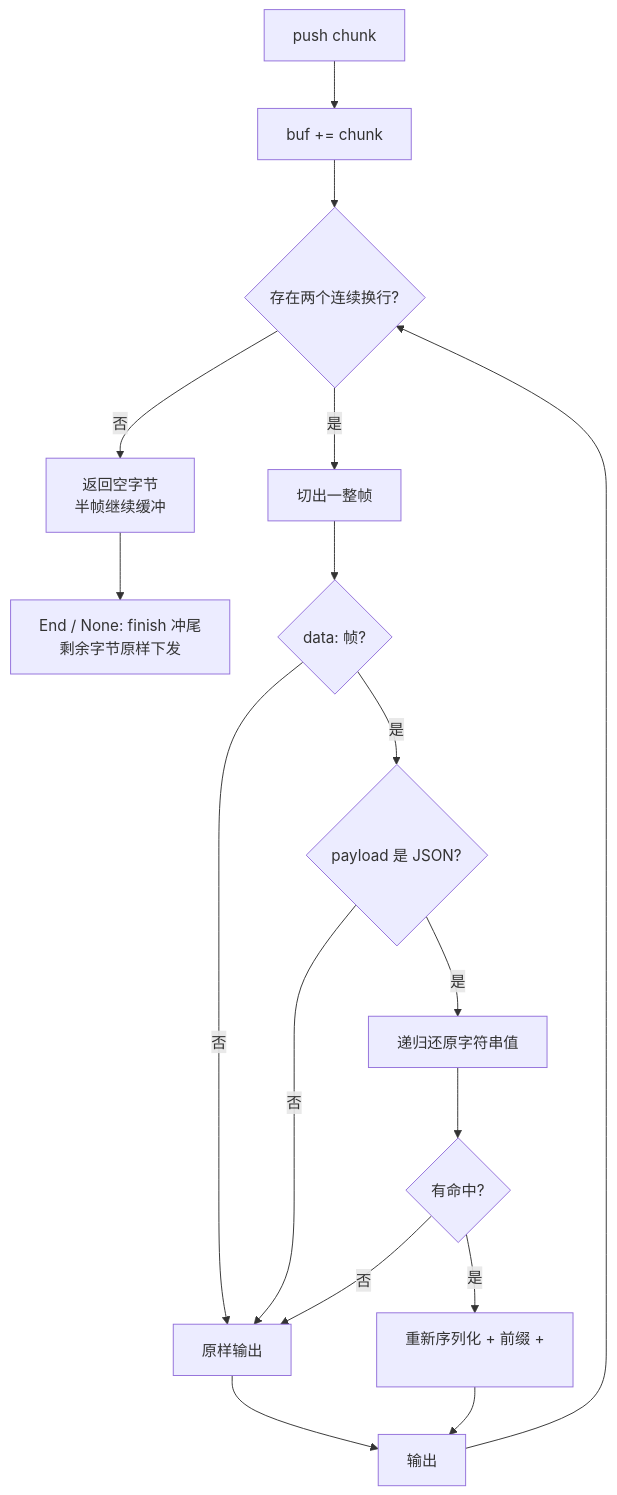
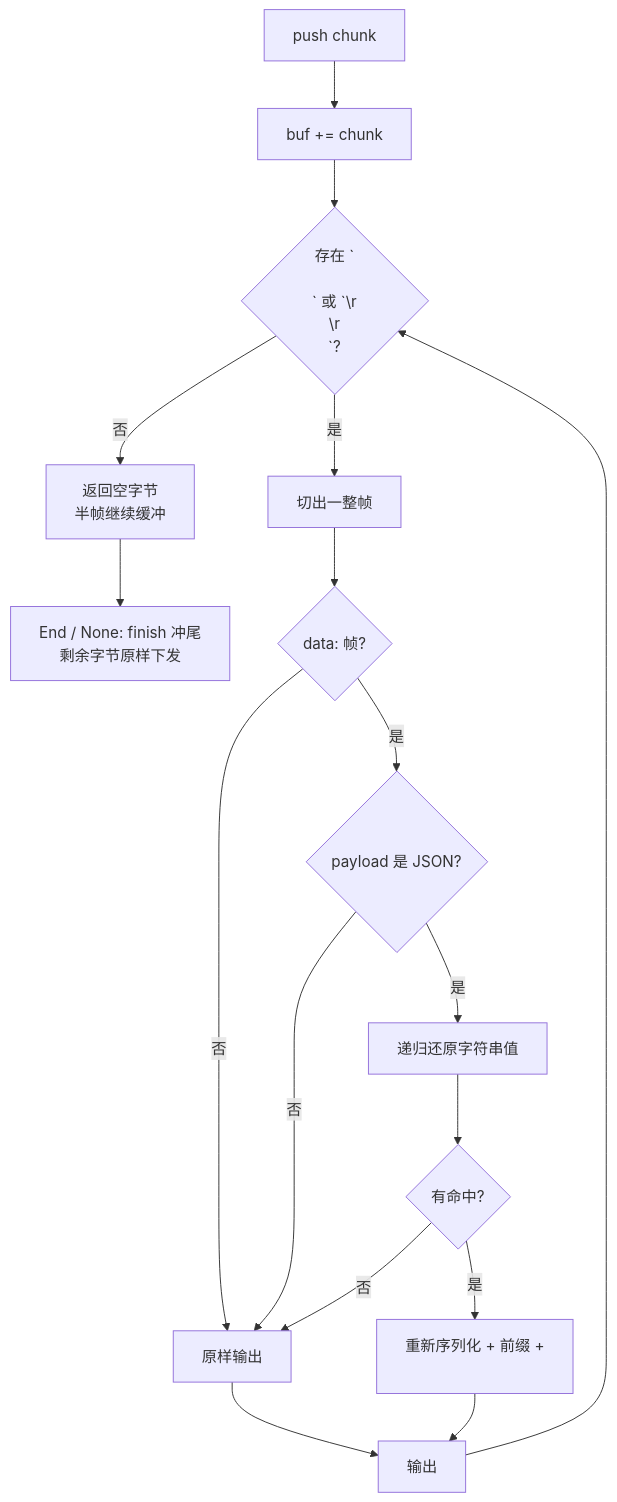
The third of 3 diagrams in docs/spec/privacy/spec.md (rainbowatcher/sag), drawn with Mermaid before and after one commit. The commit also changed other lines of this file and 10 other files, not shown here.

````diff
--- a/docs/spec/privacy/spec.md
+++ b/docs/spec/privacy/spec.md
@@ -95,19 +96,19 @@
 ```mermaid
 flowchart TD
     A[push chunk] --> B[buf += chunk]
-    B --> C{存在两个连续换行?}
+    B --> C{存在 `\n\n` 或 `\r\n\r\n`?}
     C -->|否| D[返回空字节<br/>半帧继续缓冲]
     C -->|是| E[切出一整帧]
     E --> F{data: 帧?}
     F -->|否| G[原样输出]
     F -->|是| H{payload 是 JSON?}
     H -->|否| G
     H -->|是| I[递归还原字符串值]
     I --> J{有命中?}
     J -->|否| G
     J -->|是| K[重新序列化 + 前缀 + \n\n]
     K --> L[输出]
     G --> L
     L --> C
     D --> M[End / None: finish 冲尾<br/>剩余字节原样下发]
 ```
````
